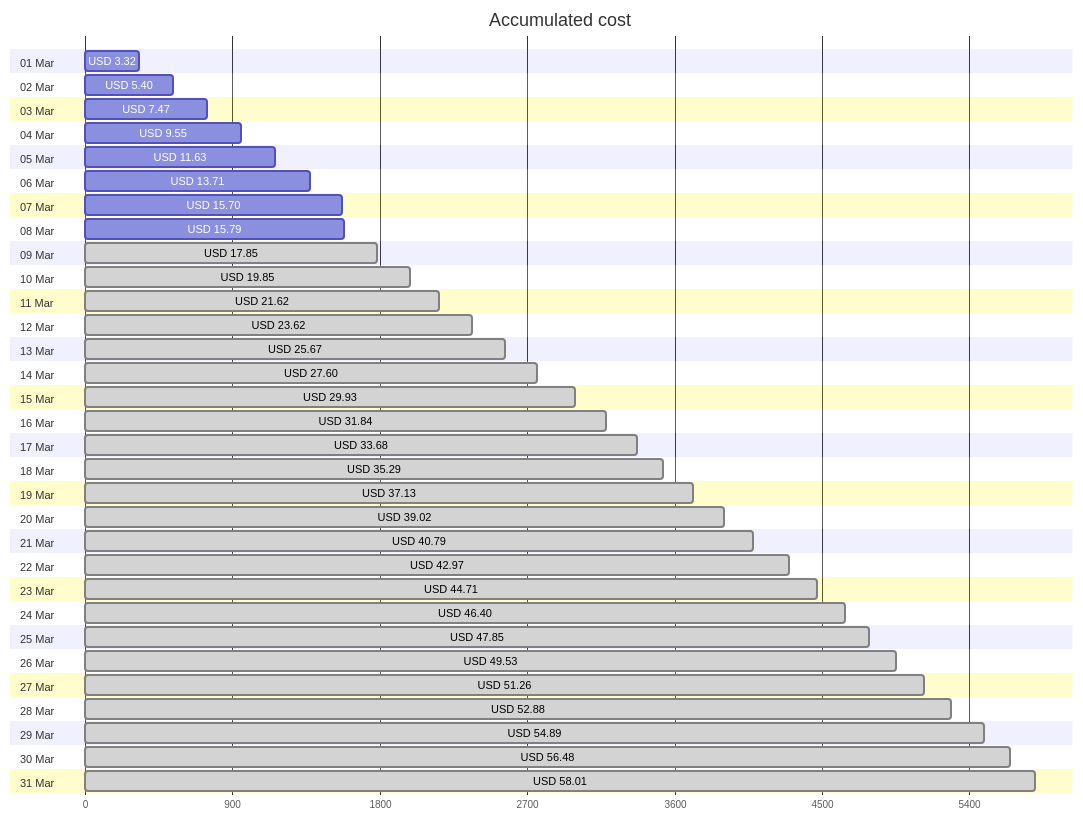
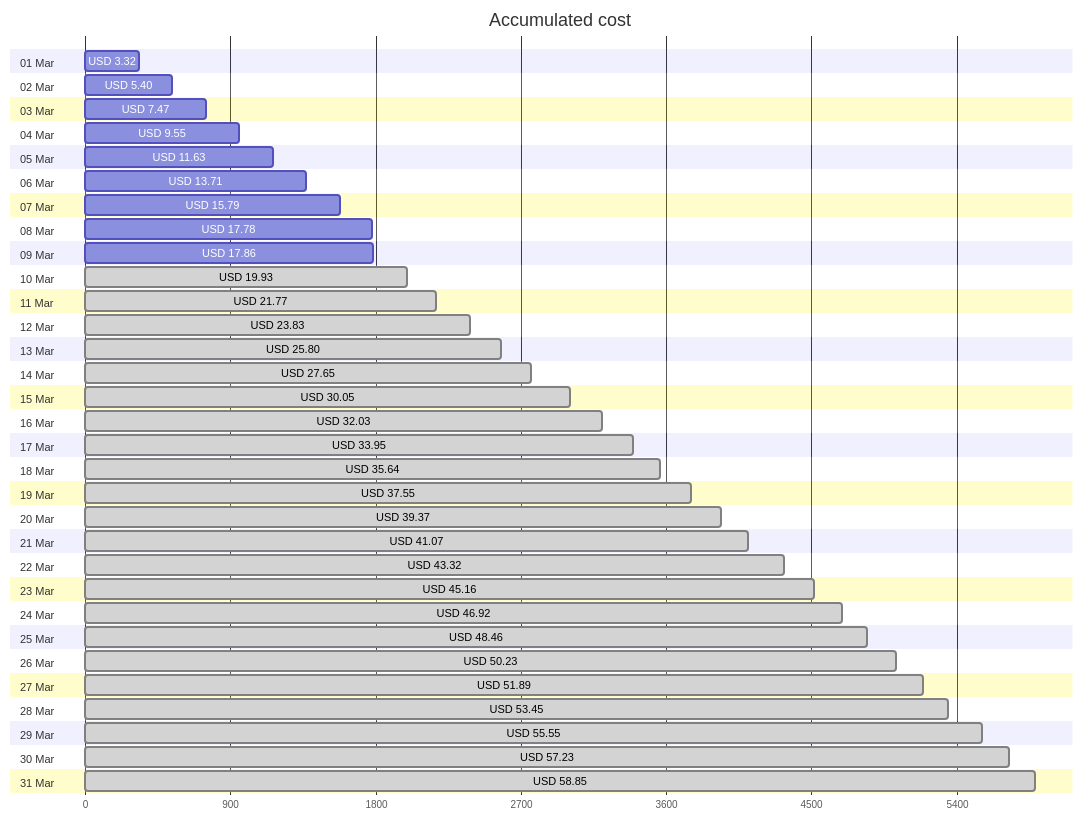
One commit to jpfulton/azure-personal-reports changed the first of 4 diagrams in cost-reports/accumulated-cost.md. Above: the diagram before and after it, drawn with Mermaid. The commit also changed other lines of this file and 4 other files, not shown here.

````diff
--- a/cost-reports/accumulated-cost.md
+++ b/cost-reports/accumulated-cost.md
@@ -20,68 +20,68 @@
 ```mermaid
 gantt
    title Accumulated cost
    dateFormat  X
    axisFormat %s
    section 01 Mar
    USD 3.32 :0, 332
    section 02 Mar
    USD 5.40 :0, 540
    section 03 Mar
    USD 7.47 :0, 747
    section 04 Mar
    USD 9.55 :0, 955
    section 05 Mar
    USD 11.63 :0, 1163
    section 06 Mar
    USD 13.71 :0, 1371
    section 07 Mar
-   USD 15.70 :0, 1570
+   USD 15.79 :0, 1579
    section 08 Mar
-   USD 15.79 :0, 1579
+   USD 17.78 :0, 1778
    section 09 Mar
-   USD 17.85 : done, 0, 1785
+   USD 17.86 :0, 1786
    section 10 Mar
-   USD 19.85 : done, 0, 1985
+   USD 19.93 : done, 0, 1993
    section 11 Mar
-   USD 21.62 : done, 0, 2162
+   USD 21.77 : done, 0, 2177
    section 12 Mar
-   USD 23.62 : done, 0, 2362
+   USD 23.83 : done, 0, 2383
    section 13 Mar
-   USD 25.67 : done, 0, 2567
+   USD 25.80 : done, 0, 2580
    section 14 Mar
-   USD 27.60 : done, 0, 2760
+   USD 27.65 : done, 0, 2765
    section 15 Mar
-   USD 29.93 : done, 0, 2993
+   USD 30.05 : done, 0, 3005
    section 16 Mar
-   USD 31.84 : done, 0, 3184
+   USD 32.03 : done, 0, 3203
    section 17 Mar
-   USD 33.68 : done, 0, 3368
+   USD 33.95 : done, 0, 3395
    section 18 Mar
-   USD 35.29 : done, 0, 3529
+   USD 35.64 : done, 0, 3564
    section 19 Mar
-   USD 37.13 : done, 0, 3713
+   USD 37.55 : done, 0, 3755
    section 20 Mar
-   USD 39.02 : done, 0, 3902
+   USD 39.37 : done, 0, 3937
    section 21 Mar
-   USD 40.79 : done, 0, 4079
+   USD 41.07 : done, 0, 4107
    section 22 Mar
-   USD 42.97 : done, 0, 4297
+   USD 43.32 : done, 0, 4332
    section 23 Mar
-   USD 44.71 : done, 0, 4471
+   USD 45.16 : done, 0, 4516
    section 24 Mar
-   USD 46.40 : done, 0, 4640
+   USD 46.92 : done, 0, 4692
    section 25 Mar
-   USD 47.85 : done, 0, 4785
+   USD 48.46 : done, 0, 4846
    section 26 Mar
-   USD 49.53 : done, 0, 4953
+   USD 50.23 : done, 0, 5023
    section 27 Mar
-   USD 51.26 : done, 0, 5126
+   USD 51.89 : done, 0, 5189
    section 28 Mar
-   USD 52.88 : done, 0, 5288
+   USD 53.45 : done, 0, 5345
    section 29 Mar
-   USD 54.89 : done, 0, 5489
+   USD 55.55 : done, 0, 5555
    section 30 Mar
-   USD 56.48 : done, 0, 5648
+   USD 57.23 : done, 0, 5723
    section 31 Mar
-   USD 58.01 : done, 0, 5801
+   USD 58.85 : done, 0, 5885
 ```
````
